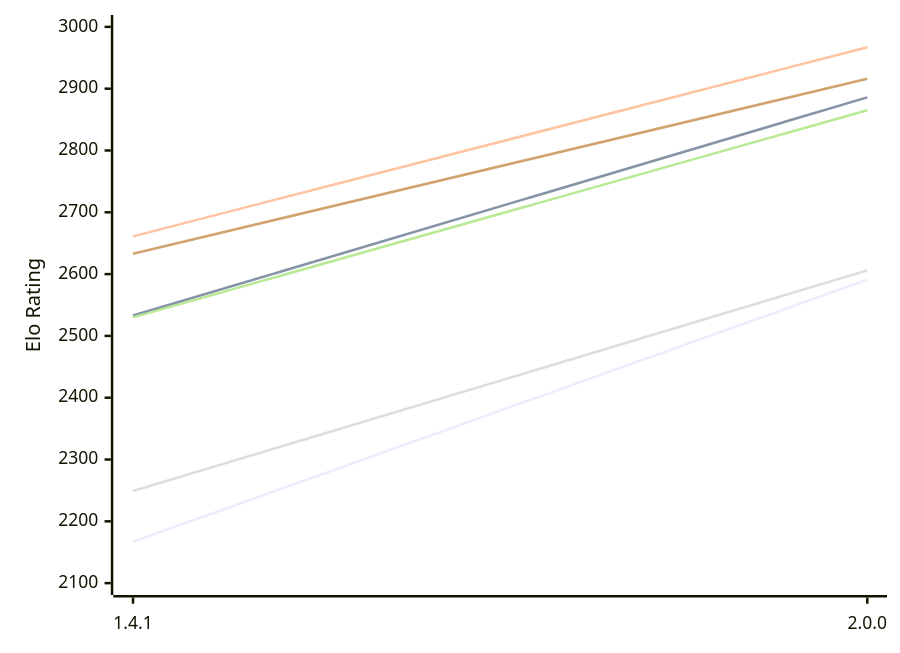
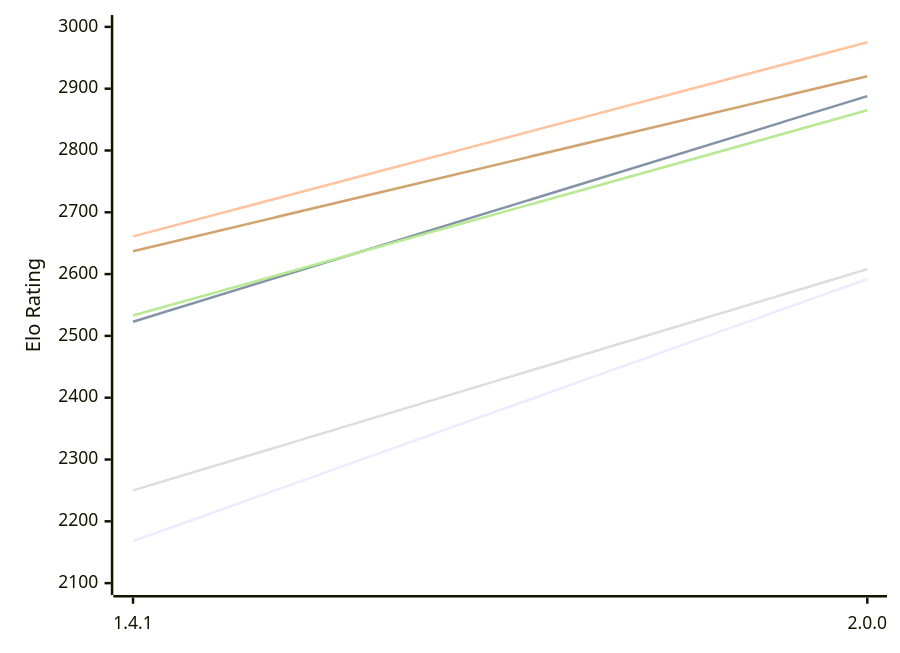
Before and after one commit to computer-chess-index/cci: the first of 2 diagrams in engines/Chal.md, drawn with Mermaid. The commit also changed other lines of this file, not shown here.

Commit message:
Update CCI Ratings (ELO VLTC) - 2026-11-24

````diff
--- a/engines/Chal.md
+++ b/engines/Chal.md
@@ -55,12 +55,12 @@
 ```mermaid
 %%{init: {"theme":"base","themeVariables":{"seriesColors:['#a3a3a3','#222221','#faa371']}}}%%
 xychart-beta
   x-axis ["1.4.1", "2.0.0"]
   y-axis "Elo Rating" 2100 --> 3000
-  line "E1: STC (8.0+0.08s)" [2167, 2591]
-  line "E1: LTC (60.0+0.60s)" [2533, 2886]
-  line "E1: VLTC (2m24s+1.12s)" [2661, 2967]
-  line "P1: STC (8.0+0.08s)" [2249, 2606]
-  line "P1: LTC (60.0+0.60s)" [2530, 2865]
-  line "P1: VLTC (2m24s+1.12s)" [2633, 2916]
+  line "E1: STC (8.0+0.08s)" [2168, 2592]
+  line "E1: LTC (60.0+0.60s)" [2523, 2888]
+  line "E1: VLTC (2m24s+1.12s)" [2661, 2975]
+  line "P1: STC (8.0+0.08s)" [2250, 2608]
+  line "P1: LTC (60.0+0.60s)" [2533, 2865]
+  line "P1: VLTC (2m24s+1.12s)" [2637, 2920]
 ```
````
